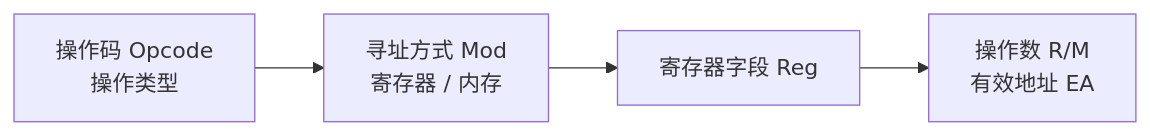
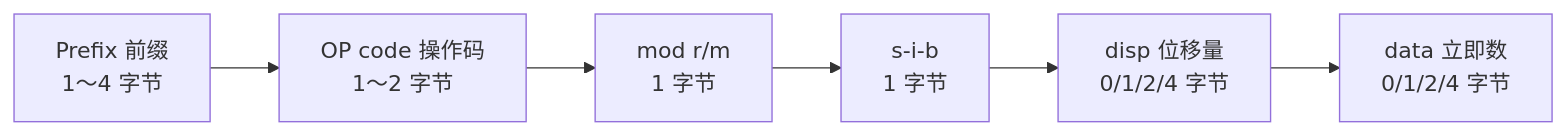
Before and after one commit to danlingdan/ComputerKnowledgeBase: the diagram in 计算机系统/微机原理与接口技术B/03 指令系统/03-01 80x86 指令格式.md, drawn with Mermaid. The commit also changed other lines of this file and 68 other files, not shown here.

````diff
--- a/计算机系统/微机原理与接口技术B/03 指令系统/03-01 80x86 指令格式.md
+++ b/计算机系统/微机原理与接口技术B/03 指令系统/03-01 80x86 指令格式.md
@@ -29,6 +38,8 @@
 ```mermaid
 flowchart LR
-    OP["操作码 Opcode<br/>操作类型"] --> MOD["寻址方式 Mod<br/>寄存器 / 内存"]
-    MOD --> REG["寄存器字段 Reg"]
-    REG --> RM["操作数 R/M<br/>有效地址 EA"]
+    PRE["Prefix 前缀\n1～4 字节"] --> OP["OP code 操作码\n1～2 字节"]
+    OP --> MOD["mod r/m\n1 字节"]
+    MOD --> SIB["s-i-b\n1 字节"]
+    SIB --> DISP["disp 位移量\n0/1/2/4 字节"]
+    DISP --> DATA["data 立即数\n0/1/2/4 字节"]
 ```
````
